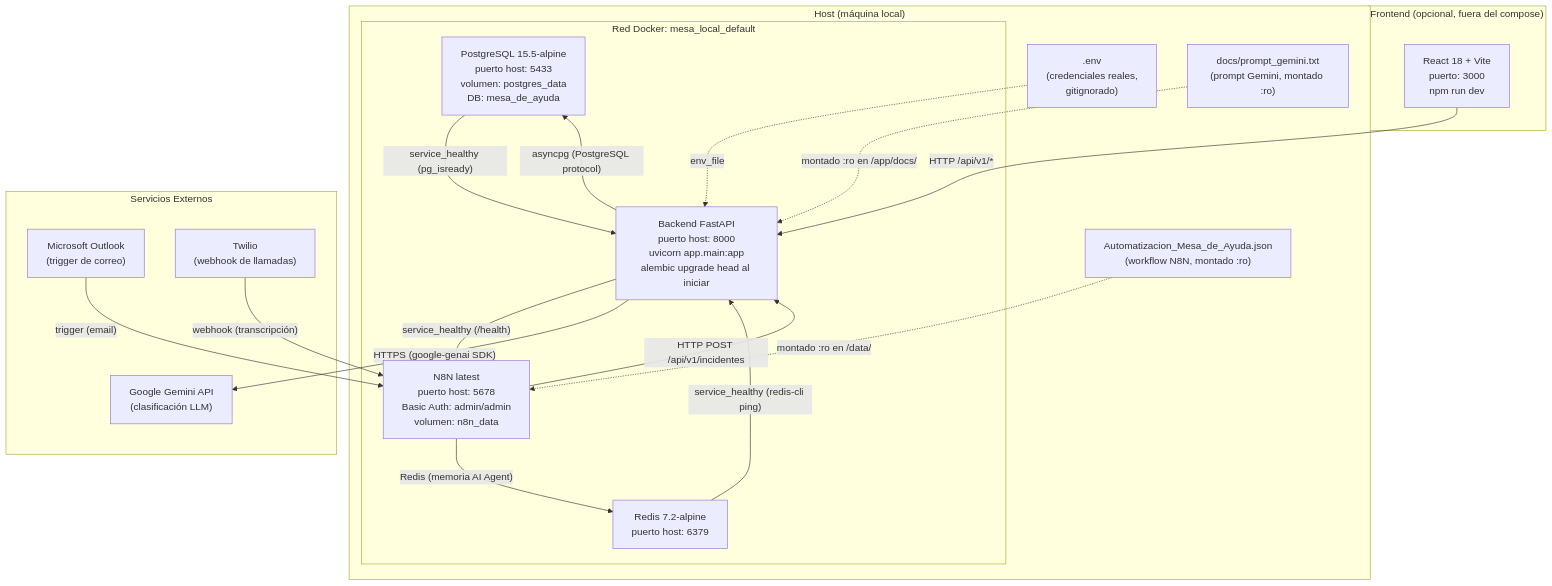
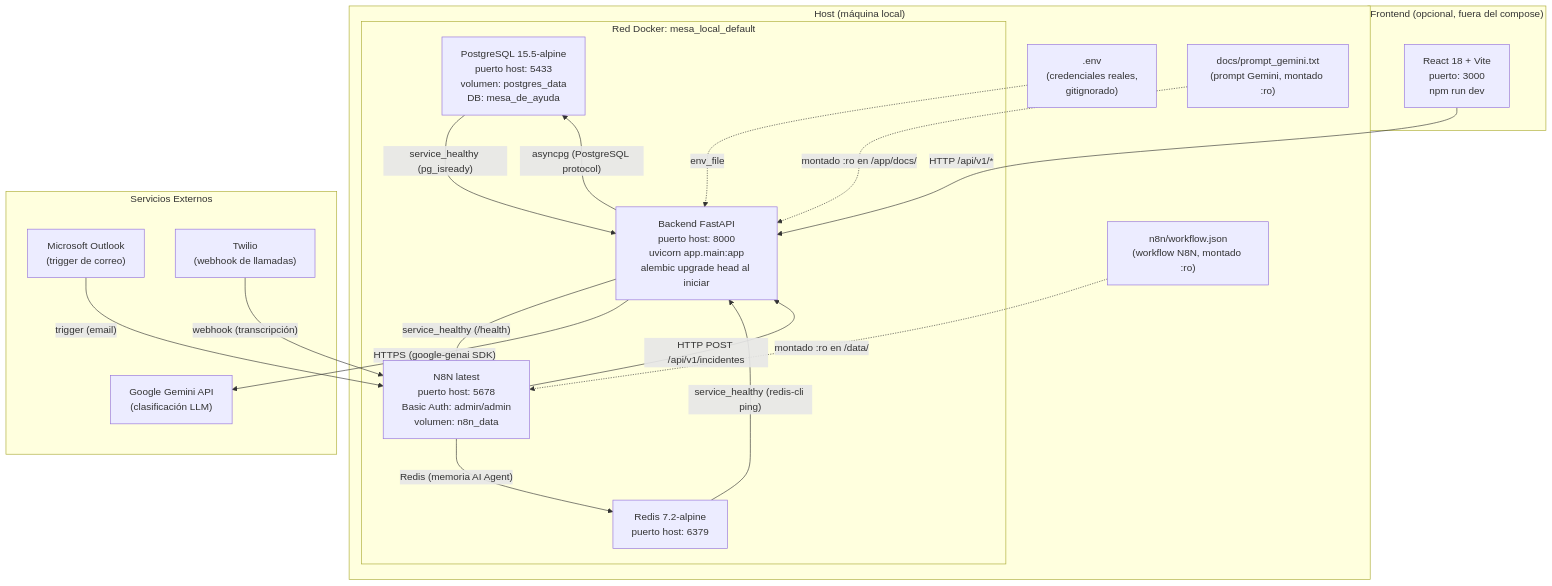
One commit to lucaGomezB/Automatizacion-de-Mesa-de-Ayuda-N8N changed the diagram in docs/diagrams/despliegue.md. Above: the diagram before and after it, drawn with Mermaid. The commit also changed 35 other files, not shown here.

````diff
--- a/docs/diagrams/despliegue.md
+++ b/docs/diagrams/despliegue.md
@@ -10,48 +10,48 @@
 ```mermaid
 graph TD
     subgraph Host["Host (máquina local)"]
         subgraph Docker["Red Docker: mesa_local_default"]
             PG["PostgreSQL 15.5-alpine\npuerto host: 5433\nvolumen: postgres_data\nDB: mesa_de_ayuda"]
             RD["Redis 7.2-alpine\npuerto host: 6379"]
             BE["Backend FastAPI\npuerto host: 8000\nuvicorn app.main:app\nalembic upgrade head al iniciar"]
             N8N["N8N latest\npuerto host: 5678\nBasic Auth: admin/admin\nvolumen: n8n_data"]
         end
 
         ENV[".env\n(credenciales reales,\ngitignorado)"]
-        WF["Automatizacion_Mesa_de_Ayuda.json\n(workflow N8N, montado :ro)"]
+        WF["n8n/workflow.json\n(workflow N8N, montado :ro)"]
         PROMPT["docs/prompt_gemini.txt\n(prompt Gemini, montado :ro)"]
     end
 
     subgraph External["Servicios Externos"]
         GEMINI["Google Gemini API\n(clasificación LLM)"]
         OUTLOOK["Microsoft Outlook\n(trigger de correo)"]
         TWILIO["Twilio\n(webhook de llamadas)"]
     end
 
     subgraph FrontendOpt["Frontend (opcional, fuera del compose)"]
         FE["React 18 + Vite\npuerto: 3000\nnpm run dev"]
     end
 
     %% Dependencias de salud declaradas en el compose
     PG -- "service_healthy (pg_isready)" --> BE
     RD -- "service_healthy (redis-cli ping)" --> BE
     BE -- "service_healthy (/health)" --> N8N
 
     %% Comunicación entre servicios
     BE -- "asyncpg (PostgreSQL protocol)" --> PG
     N8N -- "Redis (memoria AI Agent)" --> RD
     N8N -- "HTTP POST /api/v1/incidentes" --> BE
     BE -- "HTTPS (google-genai SDK)" --> GEMINI
 
     %% Canales de entrada externos
     OUTLOOK -- "trigger (email)" --> N8N
     TWILIO -- "webhook (transcripción)" --> N8N
 
     %% Volúmenes y archivos
     ENV -. "env_file" .-> BE
     WF -. "montado :ro en /data/" .-> N8N
     PROMPT -. "montado :ro en /app/docs/" .-> BE
 
     %% Frontend (opcional)
     FE -- "HTTP /api/v1/*" --> BE
 ```
````
